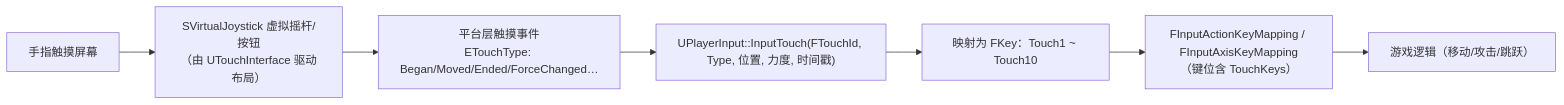
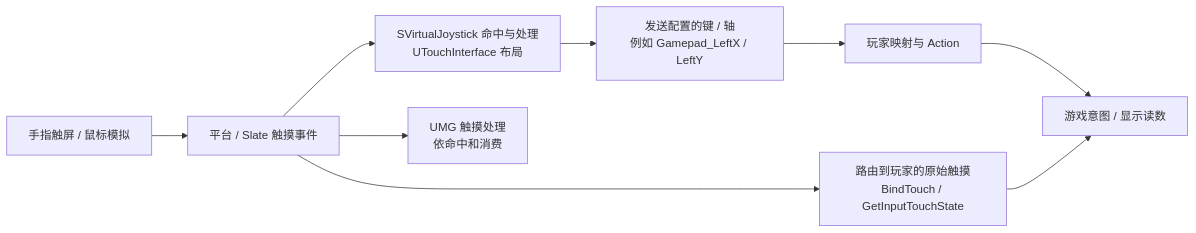
The fifth of 5 diagrams in 知识/05-Gameplay与交互系统/输入移动与交互/10-输入设备抽象与手柄触控.md (fantuan812/learning), drawn with Mermaid before and after one commit. The commit also changed other lines of this file and 1 other file, not shown here.

````diff
--- a/知识/05-Gameplay与交互系统/输入移动与交互/10-输入设备抽象与手柄触控.md
+++ b/知识/05-Gameplay与交互系统/输入移动与交互/10-输入设备抽象与手柄触控.md
@@ -200,17 +206,11 @@
 ```mermaid
 flowchart LR
-    T["手指触摸屏幕"]
-    J["SVirtualJoystick 虚拟摇杆/按钮<br/>（由 UTouchInterface 驱动布局）"]
-    E["平台层触摸事件<br/>ETouchType: Began/Moved/Ended/ForceChanged…"]
-    TI["UPlayerInput::InputTouch(FTouchId, Type, 位置, 力度, 时间戳)"]
-    K["映射为 FKey：Touch1 ~ Touch10"]
-    A["FInputActionKeyMapping / FInputAxisKeyMapping<br/>（键位含 TouchKeys）"]
-    G["游戏逻辑（移动/攻击/跳跃）"]
-
-    T --> J
-    J --> E
-    E --> TI
-    TI --> K
-    K --> A
-    A --> G
+    T["手指触屏 / 鼠标模拟"] --> E["平台 / Slate 触摸事件"]
+    E --> J["SVirtualJoystick 命中与处理<br/>UTouchInterface 布局"]
+    J --> K["发送配置的键 / 轴<br/>例如 Gamepad_LeftX / LeftY"]
+    E --> U["UMG 触摸处理<br/>依命中和消费"]
+    E --> R["路由到玩家的原始触摸<br/>BindTouch / GetInputTouchState"]
+    K --> A["玩家映射与 Action"]
+    A --> G["游戏意图 / 显示读数"]
+    R --> G
 ```
````
